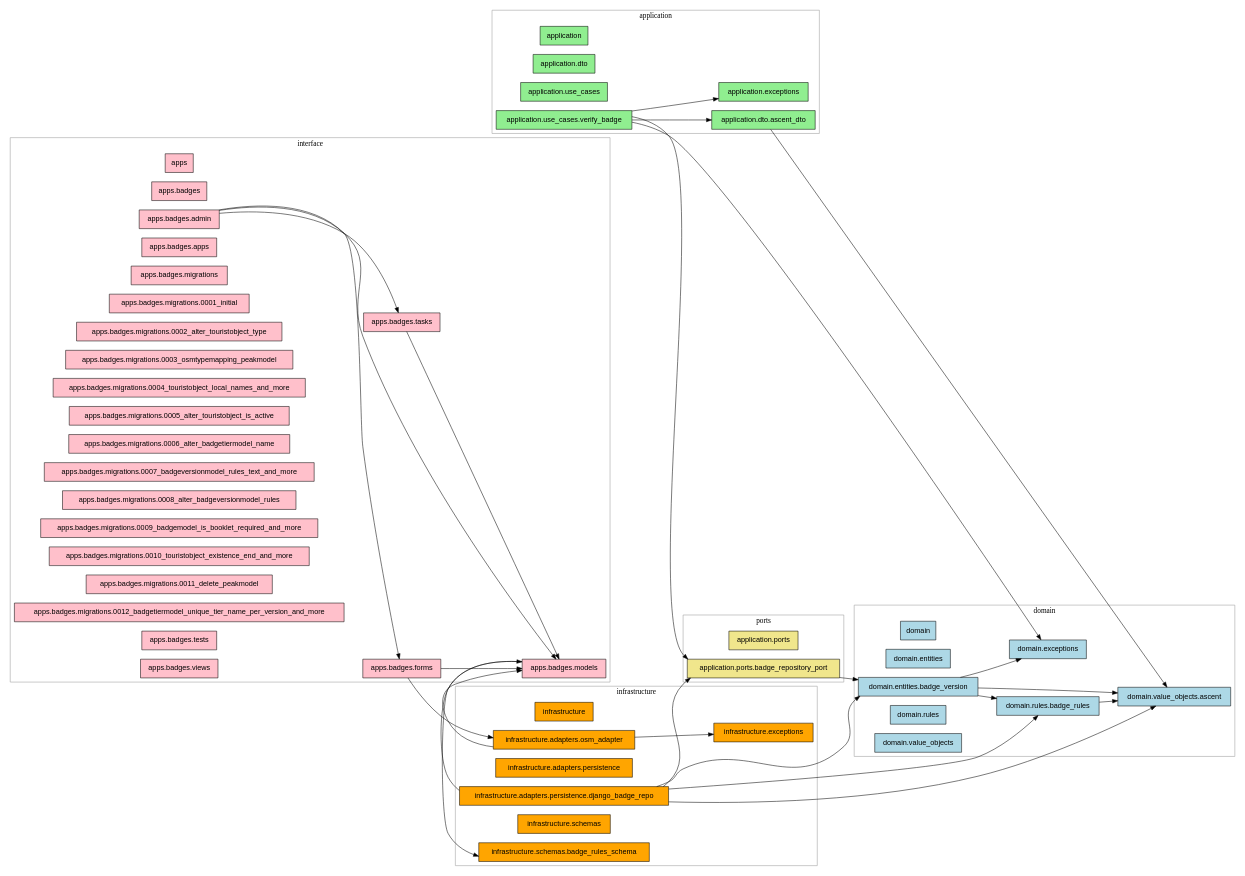
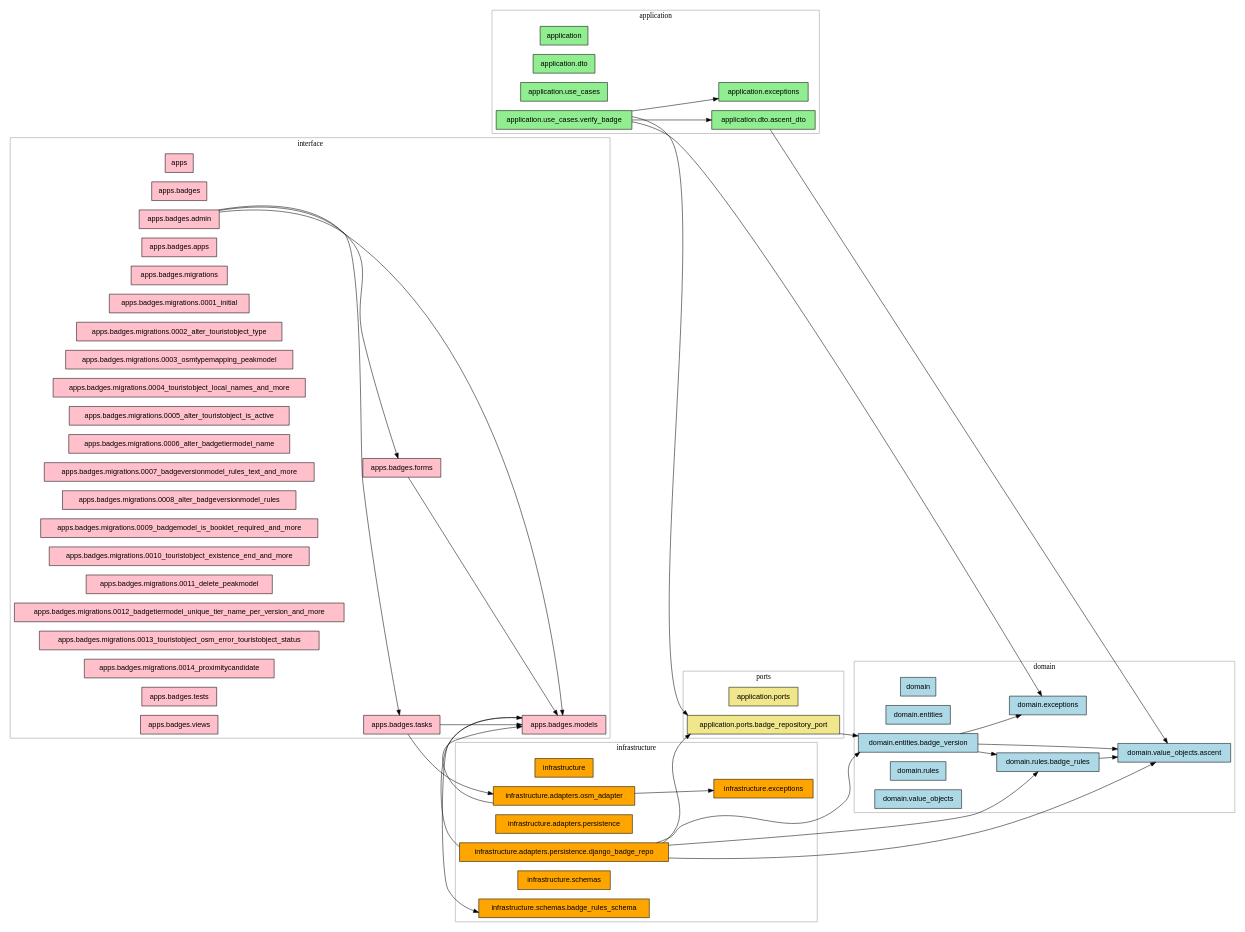
Before and after one commit to Marek1Marecki/badges_system: the diagram in dependencies.dot, drawn with Graphviz. The commit also changed 341 other files, not shown here.

```diff
--- a/dependencies.dot
+++ b/dependencies.dot
@@ -1,100 +1,102 @@
 digraph G {
   rankdir=LR;
   graph [splines=true, overlap=false];
   node [shape=box, style=filled, fontname=Helvetica];
 
   subgraph cluster_domain {
     label="domain";
     color=gray60;
     "domain" [fillcolor="lightblue"];
     "domain.entities" [fillcolor="lightblue"];
     "domain.entities.badge_version" [fillcolor="lightblue"];
     "domain.exceptions" [fillcolor="lightblue"];
     "domain.rules" [fillcolor="lightblue"];
     "domain.rules.badge_rules" [fillcolor="lightblue"];
     "domain.value_objects" [fillcolor="lightblue"];
     "domain.value_objects.ascent" [fillcolor="lightblue"];
   }
 
   subgraph cluster_application {
     label="application";
     color=gray60;
     "application" [fillcolor="lightgreen"];
     "application.dto" [fillcolor="lightgreen"];
     "application.dto.ascent_dto" [fillcolor="lightgreen"];
     "application.exceptions" [fillcolor="lightgreen"];
     "application.use_cases" [fillcolor="lightgreen"];
     "application.use_cases.verify_badge" [fillcolor="lightgreen"];
   }
 
   subgraph cluster_ports {
     label="ports";
     color=gray60;
     "application.ports" [fillcolor="khaki"];
     "application.ports.badge_repository_port" [fillcolor="khaki"];
   }
 
   subgraph cluster_infrastructure {
     label="infrastructure";
     color=gray60;
     "infrastructure" [fillcolor="orange"];
     "infrastructure.adapters.osm_adapter" [fillcolor="orange"];
     "infrastructure.adapters.persistence" [fillcolor="orange"];
     "infrastructure.adapters.persistence.django_badge_repo" [fillcolor="orange"];
     "infrastructure.exceptions" [fillcolor="orange"];
     "infrastructure.schemas" [fillcolor="orange"];
     "infrastructure.schemas.badge_rules_schema" [fillcolor="orange"];
   }
 
   subgraph cluster_interface {
     label="interface";
     color=gray60;
     "apps" [fillcolor="pink"];
     "apps.badges" [fillcolor="pink"];
     "apps.badges.admin" [fillcolor="pink"];
     "apps.badges.apps" [fillcolor="pink"];
     "apps.badges.forms" [fillcolor="pink"];
     "apps.badges.migrations" [fillcolor="pink"];
     "apps.badges.migrations.0001_initial" [fillcolor="pink"];
     "apps.badges.migrations.0002_alter_touristobject_type" [fillcolor="pink"];
     "apps.badges.migrations.0003_osmtypemapping_peakmodel" [fillcolor="pink"];
     "apps.badges.migrations.0004_touristobject_local_names_and_more" [fillcolor="pink"];
     "apps.badges.migrations.0005_alter_touristobject_is_active" [fillcolor="pink"];
     "apps.badges.migrations.0006_alter_badgetiermodel_name" [fillcolor="pink"];
     "apps.badges.migrations.0007_badgeversionmodel_rules_text_and_more" [fillcolor="pink"];
     "apps.badges.migrations.0008_alter_badgeversionmodel_rules" [fillcolor="pink"];
     "apps.badges.migrations.0009_badgemodel_is_booklet_required_and_more" [fillcolor="pink"];
     "apps.badges.migrations.0010_touristobject_existence_end_and_more" [fillcolor="pink"];
     "apps.badges.migrations.0011_delete_peakmodel" [fillcolor="pink"];
     "apps.badges.migrations.0012_badgetiermodel_unique_tier_name_per_version_and_more" [fillcolor="pink"];
+    "apps.badges.migrations.0013_touristobject_osm_error_touristobject_status" [fillcolor="pink"];
+    "apps.badges.migrations.0014_proximitycandidate" [fillcolor="pink"];
     "apps.badges.models" [fillcolor="pink"];
     "apps.badges.tasks" [fillcolor="pink"];
     "apps.badges.tests" [fillcolor="pink"];
     "apps.badges.views" [fillcolor="pink"];
   }
 
   "application.dto.ascent_dto" -> "domain.value_objects.ascent";
   "application.ports.badge_repository_port" -> "domain.entities.badge_version";
   "application.use_cases.verify_badge" -> "application.dto.ascent_dto";
   "application.use_cases.verify_badge" -> "application.exceptions";
   "application.use_cases.verify_badge" -> "application.ports.badge_repository_port";
   "application.use_cases.verify_badge" -> "domain.exceptions";
   "apps.badges.admin" -> "apps.badges.forms";
   "apps.badges.admin" -> "apps.badges.models";
   "apps.badges.admin" -> "apps.badges.tasks";
   "apps.badges.forms" -> "apps.badges.models";
-  "apps.badges.forms" -> "infrastructure.adapters.osm_adapter";
   "apps.badges.models" -> "infrastructure.schemas.badge_rules_schema";
   "apps.badges.tasks" -> "apps.badges.models";
+  "apps.badges.tasks" -> "infrastructure.adapters.osm_adapter";
   "domain.entities.badge_version" -> "domain.exceptions";
   "domain.entities.badge_version" -> "domain.rules.badge_rules";
   "domain.entities.badge_version" -> "domain.value_objects.ascent";
   "domain.rules.badge_rules" -> "domain.value_objects.ascent";
   "infrastructure.adapters.osm_adapter" -> "apps.badges.models";
   "infrastructure.adapters.osm_adapter" -> "infrastructure.exceptions";
   "infrastructure.adapters.persistence.django_badge_repo" -> "application.ports.badge_repository_port";
   "infrastructure.adapters.persistence.django_badge_repo" -> "apps.badges.models";
   "infrastructure.adapters.persistence.django_badge_repo" -> "domain.entities.badge_version";
   "infrastructure.adapters.persistence.django_badge_repo" -> "domain.rules.badge_rules";
   "infrastructure.adapters.persistence.django_badge_repo" -> "domain.value_objects.ascent";
 }
```
